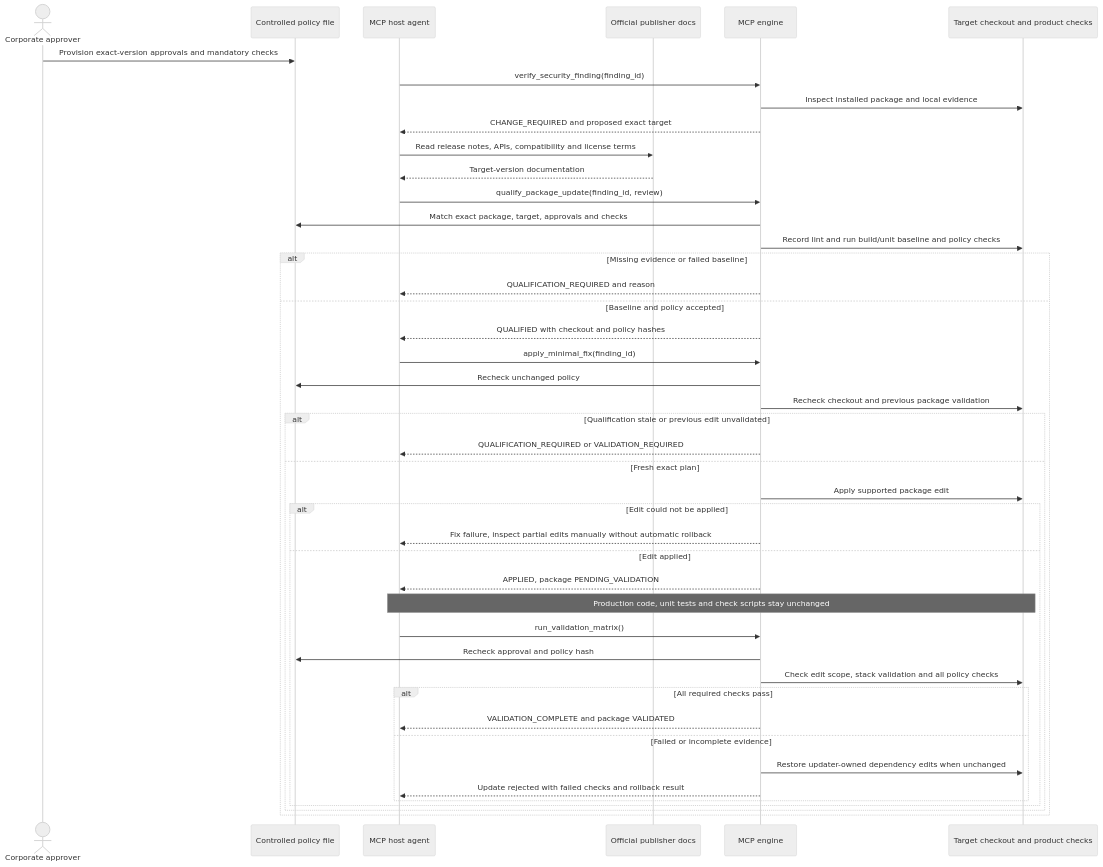
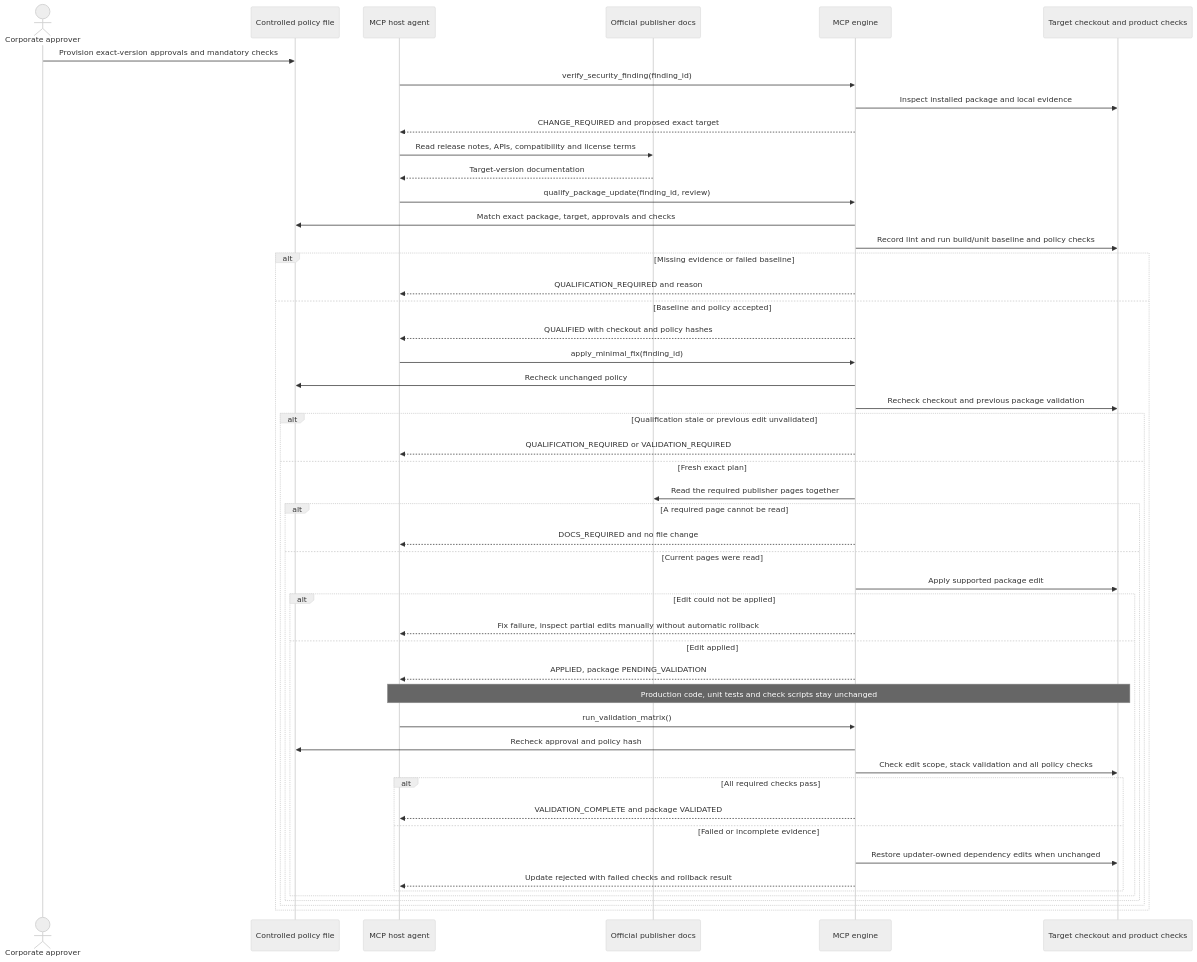
The fourth of 4 diagrams in README.md (jprejsnar/security-mcp-fixer), drawn with Mermaid (neutral theme) before and after one commit. The commit also changed other lines of this file, not shown here.

First line of the commit message:
Update README.md to clarify MCP functionality and advisory handling

````diff
--- a/README.md
+++ b/README.md
@@ -340,47 +398,52 @@
 ```mermaid
 sequenceDiagram
   actor Approver as Corporate approver
   participant Policy as Controlled policy file
   participant Host as MCP host agent
   participant Docs as Official publisher docs
   participant MCP as MCP engine
   participant Repo as Target checkout and product checks
 
   Approver->>Policy: Provision exact-version approvals and mandatory checks
   Host->>MCP: verify_security_finding(finding_id)
   MCP->>Repo: Inspect installed package and local evidence
   MCP-->>Host: CHANGE_REQUIRED and proposed exact target
   Host->>Docs: Read release notes, APIs, compatibility and license terms
   Docs-->>Host: Target-version documentation
   Host->>MCP: qualify_package_update(finding_id, review)
   MCP->>Policy: Match exact package, target, approvals and checks
   MCP->>Repo: Record lint and run build/unit baseline and policy checks
   alt Missing evidence or failed baseline
     MCP-->>Host: QUALIFICATION_REQUIRED and reason
   else Baseline and policy accepted
     MCP-->>Host: QUALIFIED with checkout and policy hashes
     Host->>MCP: apply_minimal_fix(finding_id)
     MCP->>Policy: Recheck unchanged policy
     MCP->>Repo: Recheck checkout and previous package validation
     alt Qualification stale or previous edit unvalidated
       MCP-->>Host: QUALIFICATION_REQUIRED or VALIDATION_REQUIRED
     else Fresh exact plan
+      MCP->>Docs: Read the required publisher pages together
+      alt A required page cannot be read
+        MCP-->>Host: DOCS_REQUIRED and no file change
+      else Current pages were read
       MCP->>Repo: Apply supported package edit
       alt Edit could not be applied
         MCP-->>Host: Fix failure, inspect partial edits manually without automatic rollback
       else Edit applied
         MCP-->>Host: APPLIED, package PENDING_VALIDATION
         Note over Host,Repo: Production code, unit tests and check scripts stay unchanged
         Host->>MCP: run_validation_matrix()
         MCP->>Policy: Recheck approval and policy hash
         MCP->>Repo: Check edit scope, stack validation and all policy checks
         alt All required checks pass
           MCP-->>Host: VALIDATION_COMPLETE and package VALIDATED
         else Failed or incomplete evidence
           MCP->>Repo: Restore updater-owned dependency edits when unchanged
           MCP-->>Host: Update rejected with failed checks and rollback result
         end
       end
+      end
     end
   end
 ```
````
